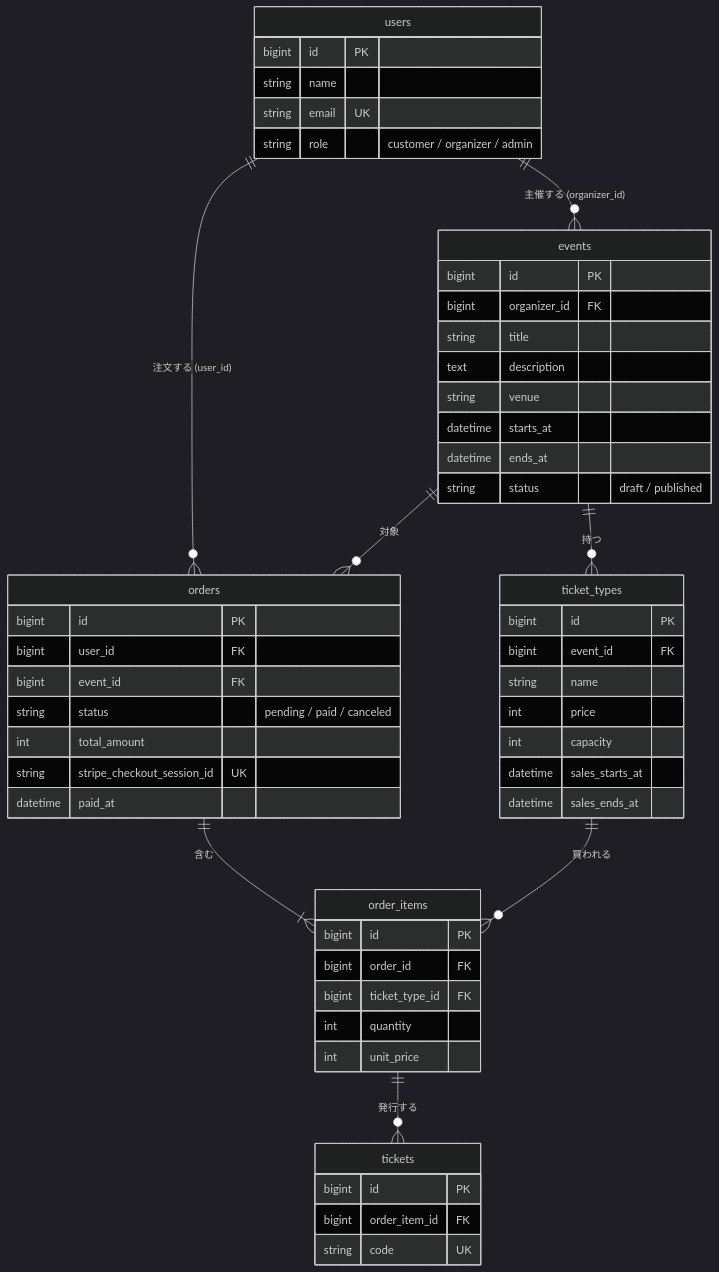
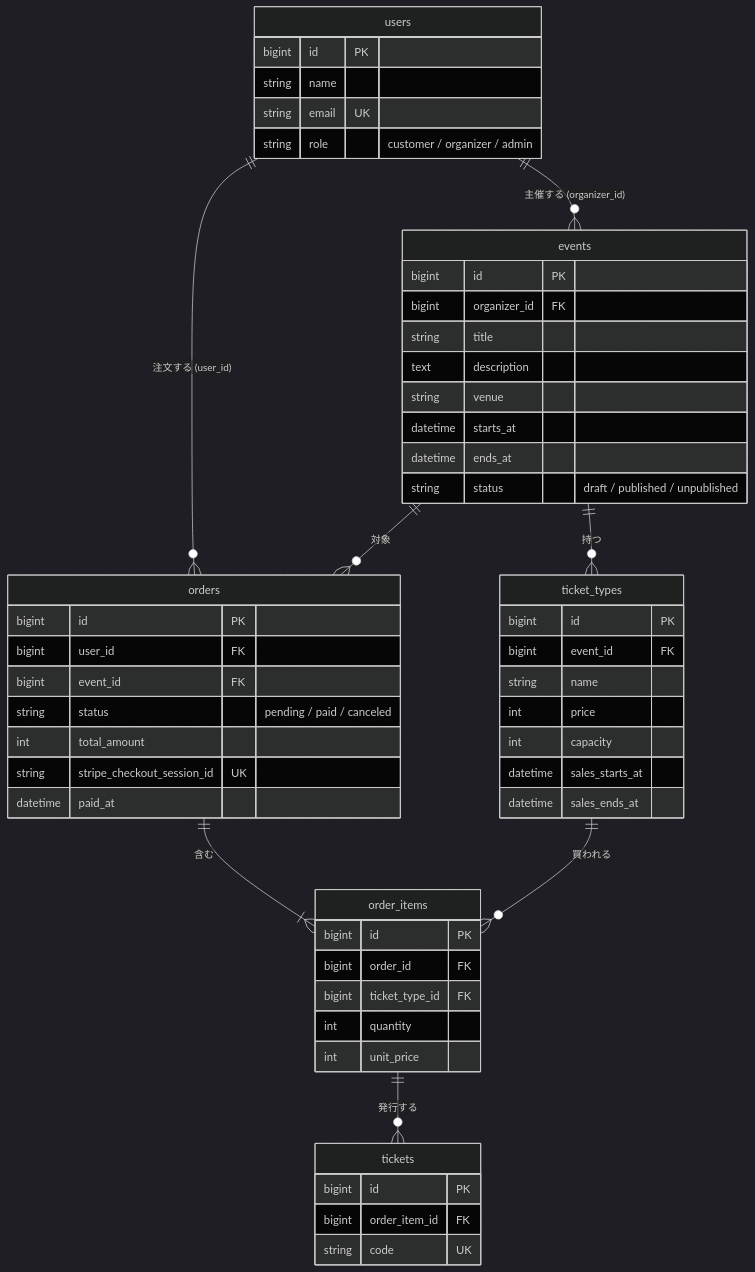
One commit to yohei-kamon/ticket-app changed the diagram in doc/design/database.md. Above: the diagram before and after it, drawn with Mermaid (dark theme). The commit also changed other lines of this file and 19 other files, not shown here.

````diff
--- a/doc/design/database.md
+++ b/doc/design/database.md
@@ -9,57 +9,57 @@
 ```mermaid
 erDiagram
     users ||--o{ events : "主催する (organizer_id)"
     users ||--o{ orders : "注文する (user_id)"
     events ||--o{ ticket_types : "持つ"
     events ||--o{ orders : "対象"
     orders ||--|{ order_items : "含む"
     ticket_types ||--o{ order_items : "買われる"
     order_items ||--o{ tickets : "発行する"
 
     users {
         bigint id PK
         string name
         string email UK
         string role "customer / organizer / admin"
     }
     events {
         bigint id PK
         bigint organizer_id FK
         string title
         text description
         string venue
         datetime starts_at
         datetime ends_at
-        string status "draft / published"
+        string status "draft / published / unpublished"
     }
     ticket_types {
         bigint id PK
         bigint event_id FK
         string name
         int price
         int capacity
         datetime sales_starts_at
         datetime sales_ends_at
     }
     orders {
         bigint id PK
         bigint user_id FK
         bigint event_id FK
         string status "pending / paid / canceled"
         int total_amount
         string stripe_checkout_session_id UK
         datetime paid_at
     }
     order_items {
         bigint id PK
         bigint order_id FK
         bigint ticket_type_id FK
         int quantity
         int unit_price
     }
     tickets {
         bigint id PK
         bigint order_item_id FK
         string code UK
     }
 ```
````
